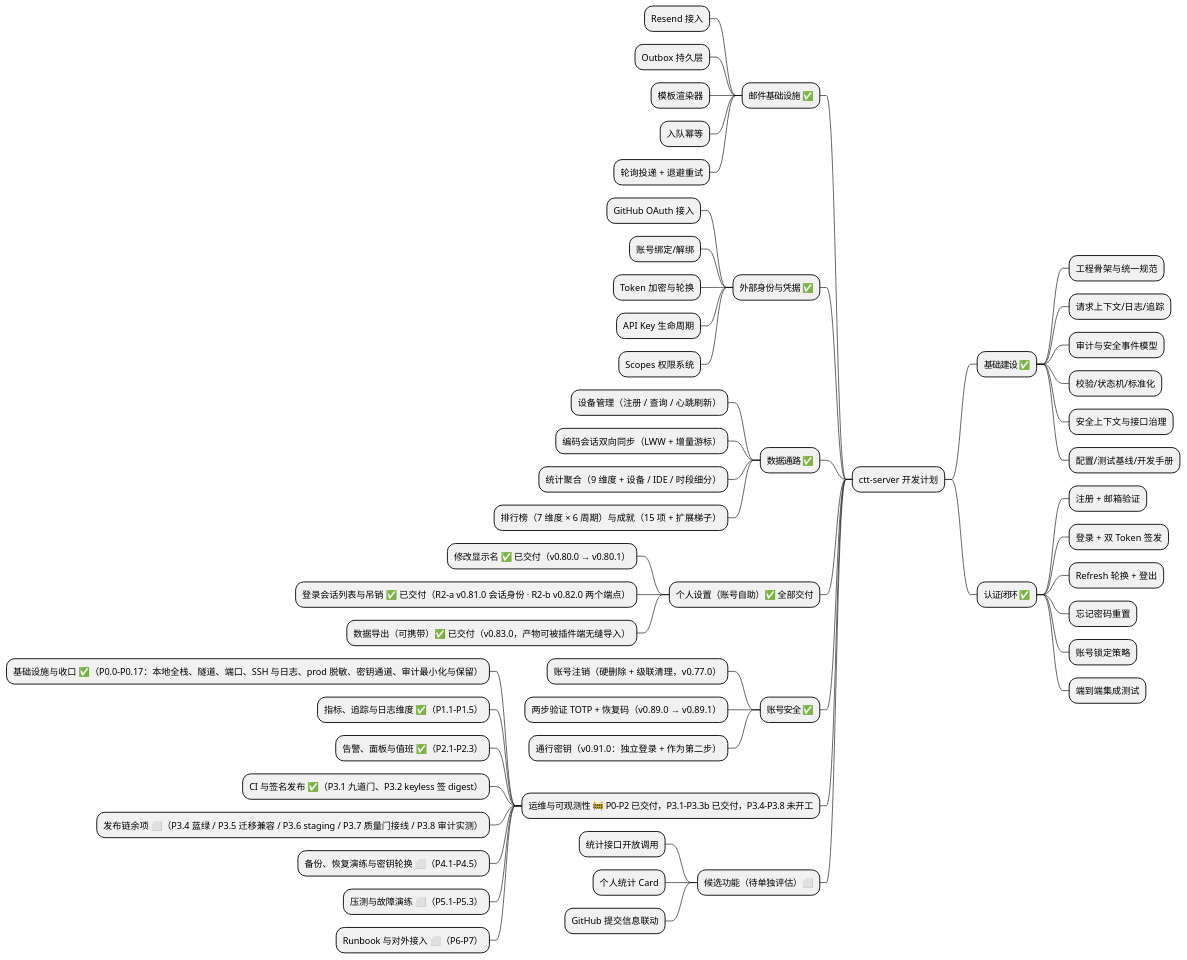
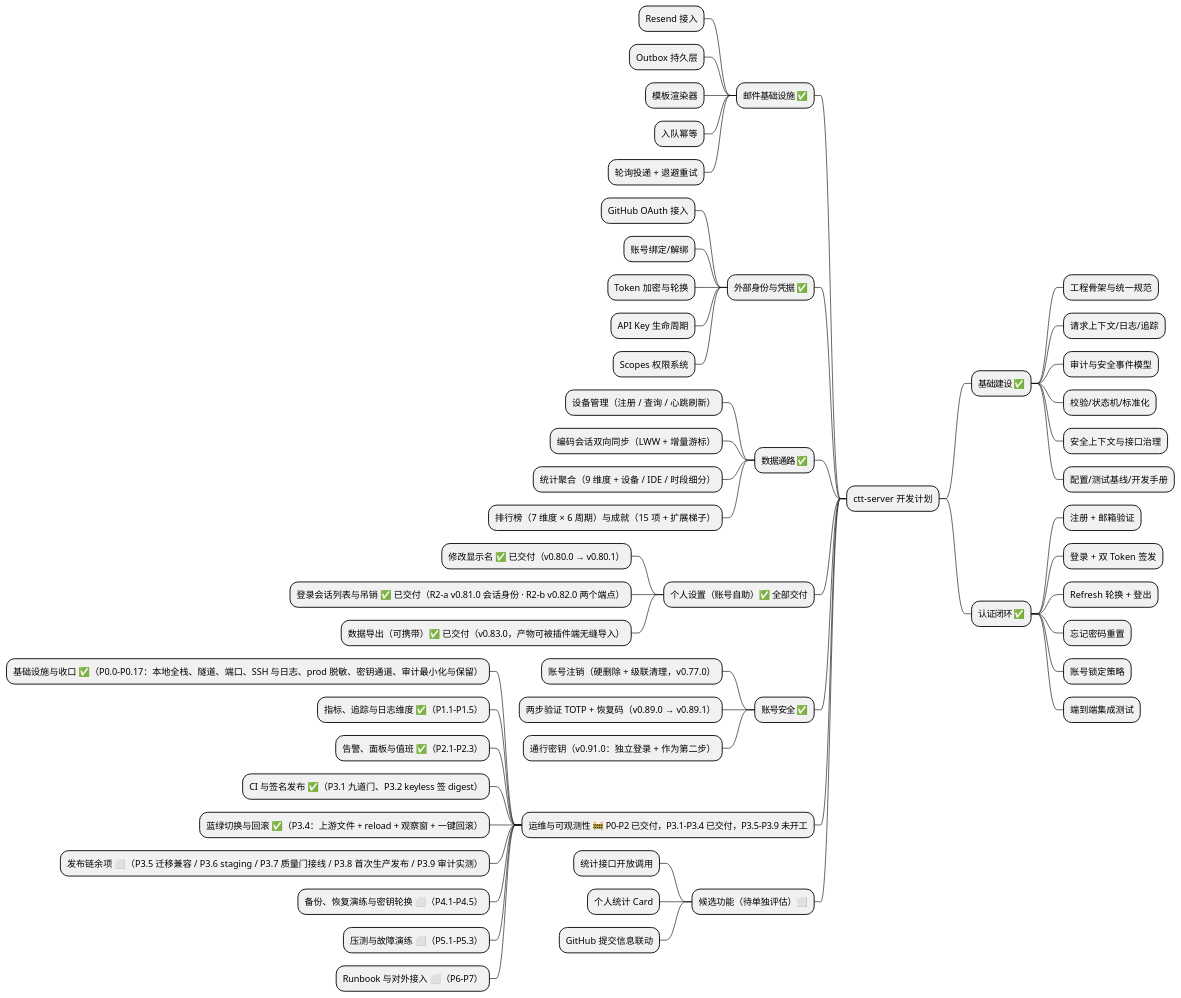
The first of 9 diagrams in .plans/ctt-server-development-plan.md (AhogeK/ctt-server), drawn with PlantUML before and after one commit. The commit also changed other lines of this file and 4 other files, not shown here.

````diff
--- a/.plans/ctt-server-development-plan.md
+++ b/.plans/ctt-server-development-plan.md
@@ -34,59 +34,60 @@
 ```plantuml
 @startmindmap
 * ctt-server 开发计划
 ** 基础建设 ✅
 *** 工程骨架与统一规范
 *** 请求上下文/日志/追踪
 *** 审计与安全事件模型
 *** 校验/状态机/标准化
 *** 安全上下文与接口治理
 *** 配置/测试基线/开发手册
 ** 认证闭环 ✅
 *** 注册 + 邮箱验证
 *** 登录 + 双 Token 签发
 *** Refresh 轮换 + 登出
 *** 忘记密码重置
 *** 账号锁定策略
 *** 端到端集成测试
 
 left side
 ** 邮件基础设施 ✅
 *** Resend 接入
 *** Outbox 持久层
 *** 模板渲染器
 *** 入队幂等
 *** 轮询投递 + 退避重试
 ** 外部身份与凭据 ✅
 *** GitHub OAuth 接入
 *** 账号绑定/解绑
 *** Token 加密与轮换
 *** API Key 生命周期
 *** Scopes 权限系统
 ** 数据通路 ✅
 *** 设备管理（注册 / 查询 / 心跳刷新）
 *** 编码会话双向同步（LWW + 增量游标）
 *** 统计聚合（9 维度 + 设备 / IDE / 时段细分）
 *** 排行榜（7 维度 × 6 周期）与成就（15 项 + 扩展梯子）
 ** 个人设置（账号自助）✅ 全部交付
 *** 修改显示名 ✅ 已交付（v0.80.0 → v0.80.1）
 *** 登录会话列表与吊销 ✅ 已交付（R2-a v0.81.0 会话身份 · R2-b v0.82.0 两个端点）
 *** 数据导出（可携带）✅ 已交付（v0.83.0，产物可被插件端无缝导入）
 ** 账号安全 ✅
 *** 账号注销（硬删除 + 级联清理，v0.77.0）
 *** 两步验证 TOTP + 恢复码（v0.89.0 → v0.89.1）
 *** 通行密钥（v0.91.0：独立登录 + 作为第二步）
-** 运维与可观测性 🚧 P0–P2 已交付，P3.1–P3.3b 已交付，P3.4–P3.8 未开工
+** 运维与可观测性 🚧 P0–P2 已交付，P3.1–P3.4 已交付，P3.5–P3.9 未开工
 *** 基础设施与收口 ✅（P0.0–P0.17：本地全栈、隧道、端口、SSH 与日志、prod 脱敏、密钥通道、审计最小化与保留）
 *** 指标、追踪与日志维度 ✅（P1.1–P1.5）
 *** 告警、面板与值班 ✅（P2.1–P2.3）
 *** CI 与签名发布 ✅（P3.1 九道门、P3.2 keyless 签 digest）
-*** 发布链余项 ⬜（P3.4 蓝绿 / P3.5 迁移兼容 / P3.6 staging / P3.7 质量门接线 / P3.8 审计实测）
+*** 蓝绿切换与回滚 ✅（P3.4：上游文件 + reload + 观察窗 + 一键回滚）
+*** 发布链余项 ⬜（P3.5 迁移兼容 / P3.6 staging / P3.7 质量门接线 / P3.8 首次生产发布 / P3.9 审计实测）
 *** 备份、恢复演练与密钥轮换 ⬜（P4.1–P4.5）
 *** 压测与故障演练 ⬜（P5.1–P5.3）
 *** Runbook 与对外接入 ⬜（P6–P7）
 ** 候选功能（待单独评估）⬜
 *** 统计接口开放调用
 *** 个人统计 Card
 *** GitHub 提交信息联动
 @endmindmap
 ```
````
